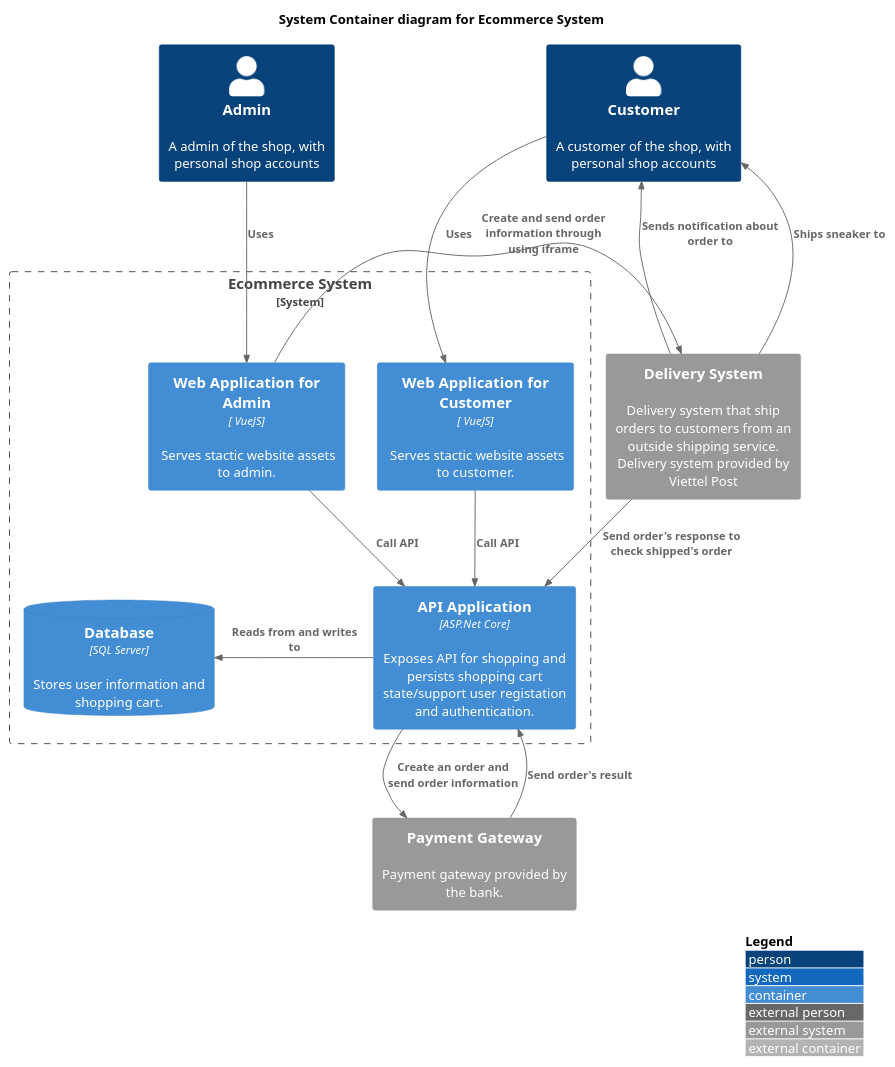
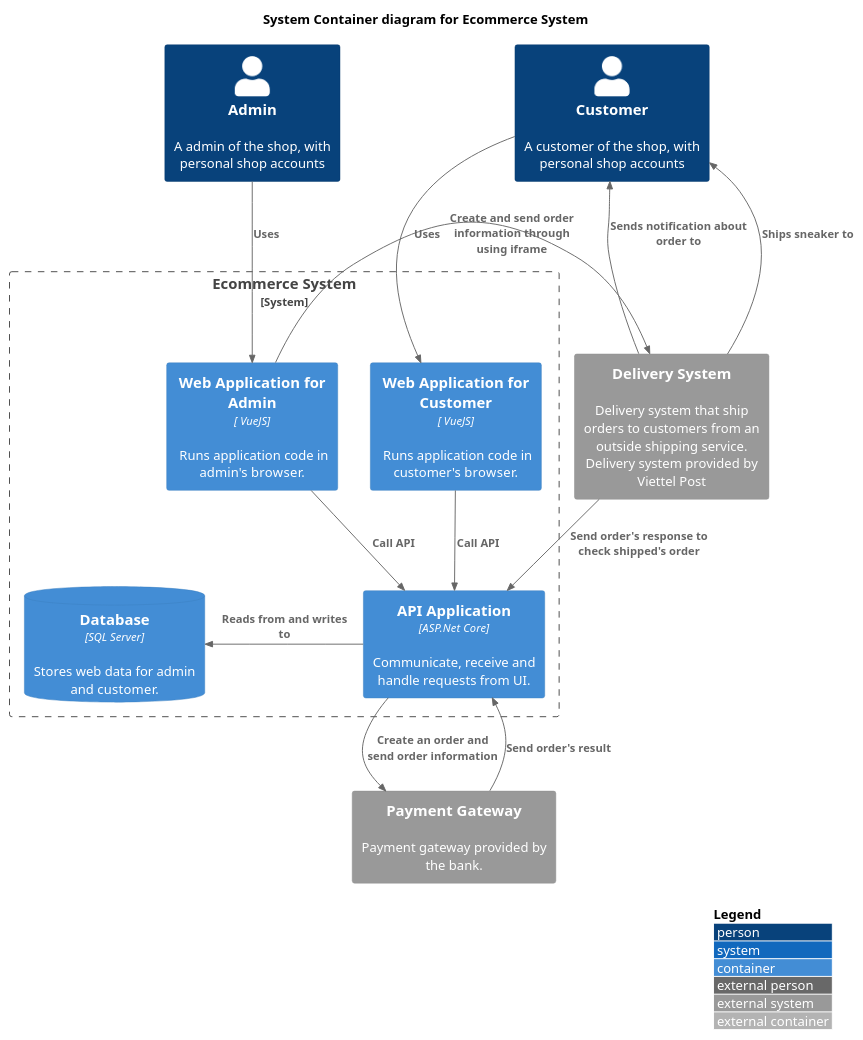
Before and after one commit to cuongchu264/PTTKHuongDoiTuong: the diagram in C4 model/Container/SNKSHOP_Container.puml, drawn with PlantUML.

Commit message:
Update container code C4

```diff
--- a/C4 model/Container/SNKSHOP_Container.puml
+++ b/C4 model/Container/SNKSHOP_Container.puml
@@ -1,40 +1,40 @@
     @startuml
     !include https://raw.githubusercontent.com/plantuml-stdlib/C4-PlantUML/master/C4_Container.puml
     ' uncomment the following line and comment the first to use locally
     ' !include C4_Container.puml
 
 
 
     LAYOUT_WITH_LEGEND()
 
     title System Container diagram for Ecommerce System
 
     Person(Admin, Admin, "A admin of the shop, with personal shop accounts")
     Person(customer, Customer, "A customer of the shop, with personal shop accounts")
 
 
     System_Boundary(c1, "Ecommerce System") {
-        Container(web_app, "Web Application for Customer", " VueJS", " Serves stactic website assets to customer.")
-        Container(webadmin_app, "Web Application for Admin", " VueJS", " Serves stactic website assets to admin.")
-        ContainerDb(database, "Database", "SQL Server", "Stores user information and shopping cart.")
-        Container(backend_api, "API Application", "ASP.Net Core", "Exposes API for shopping and persists shopping cart state/support user registation and authentication.")
+        Container(web_app, "Web Application for Customer", " VueJS", " Runs application code in customer's browser.")
+        Container(webadmin_app, "Web Application for Admin", " VueJS", " Runs application code in admin's browser.")
+        ContainerDb(database, "Database", "SQL Server", "Stores web data for admin and customer.")
+        Container(backend_api, "API Application", "ASP.Net Core", "Communicate, receive and handle requests from UI.")
     }
 
     System_Ext(payment_system, "Payment Gateway", "Payment gateway provided by the bank.")
     System_Ext(delivery_system, "Delivery System", "Delivery system that ship orders to customers from an outside shipping service. Delivery system provided by Viettel Post")
 
     Rel(customer, web_app, "Uses")
     Rel(Admin, webadmin_app, "Uses")
     Rel_Back(customer,delivery_system,"Sends notification about order to")
     Rel_Back(customer,delivery_system,"Ships sneaker to ")
 
     Rel(web_app, backend_api, "Call API")
     Rel(webadmin_app, backend_api, "Call API")
     Rel_Back_Neighbor(database, backend_api, "Reads from and writes to")
     Rel_Neighbor(webadmin_app,delivery_system, "Create and send order information through using iframe ")
     Rel(delivery_system,backend_api,"Send order's response to check shipped's order")
 
     Rel(backend_api, payment_system, "Create an order and send order information")
     Rel_Back(backend_api, payment_system, "Send order's result")
 
     @enduml
```
